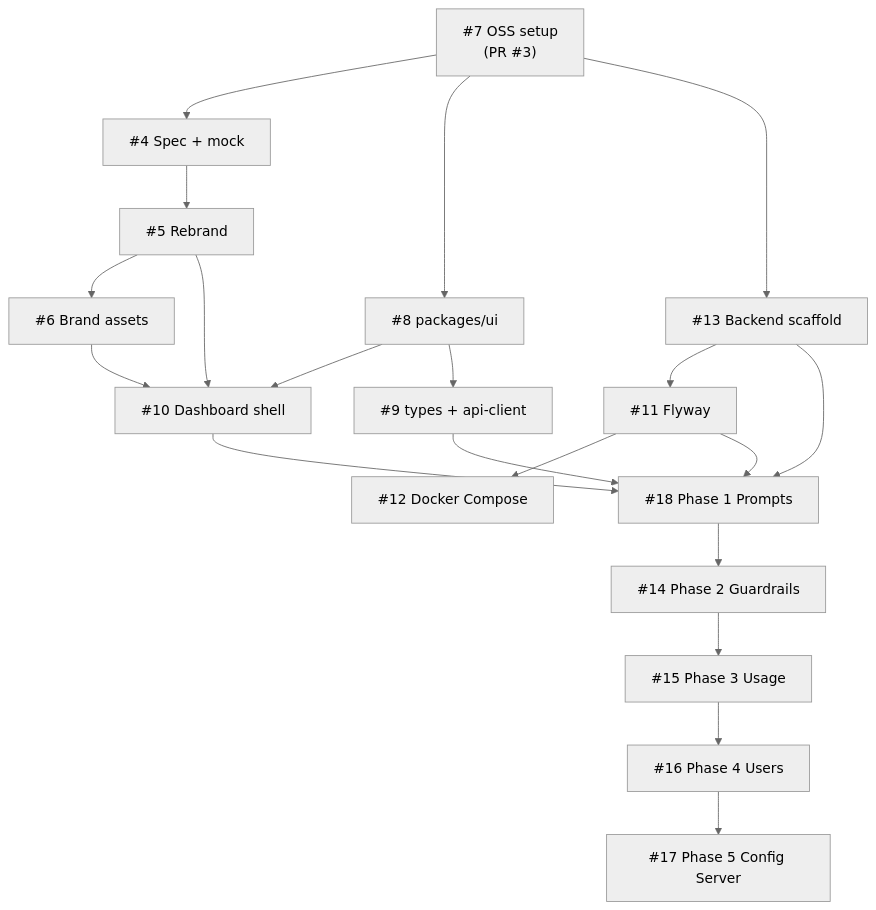
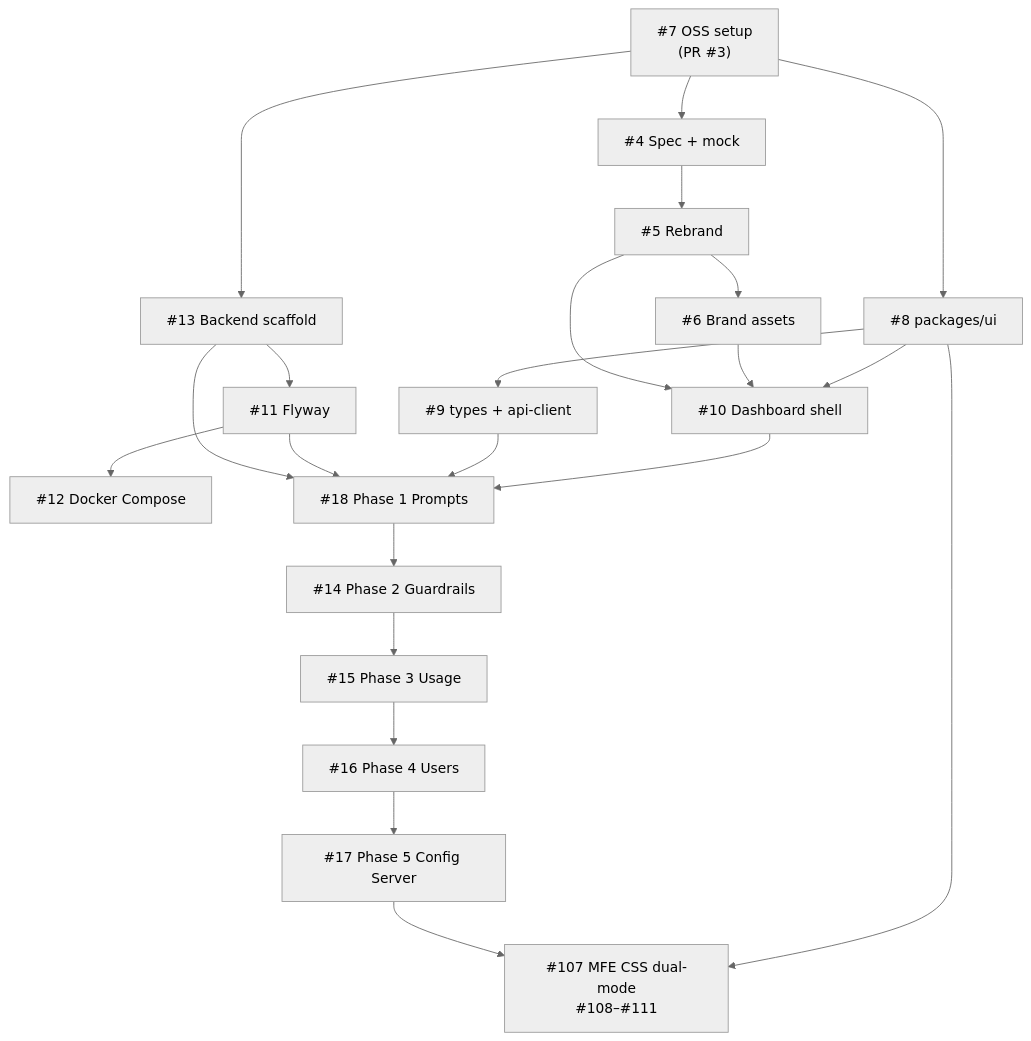
The diagram in docs/ISSUE_WORKFLOW.md (madmmas/ai-manager), drawn with Mermaid (neutral theme) before and after one commit. The commit also changed other lines of this file and 4 other files, not shown here.

First line of the commit message:
docs: track MFE CSS dual-mode issues #107–#111 (#112)

````diff
--- a/docs/ISSUE_WORKFLOW.md
+++ b/docs/ISSUE_WORKFLOW.md
@@ -57,38 +62,41 @@
 ```mermaid
 flowchart TD
   OSS["#7 OSS setup\n(PR #3)"]
   SPEC["#4 Spec + mock"]
   REBRAND["#5 Rebrand"]
   ASSETS["#6 Brand assets"]
   UI["#8 packages/ui"]
   TYPES["#9 types + api-client"]
   SHELL["#10 Dashboard shell"]
   BE["#13 Backend scaffold"]
   DB["#11 Flyway"]
   DOCK["#12 Docker Compose"]
   P1["#18 Phase 1 Prompts"]
   P2["#14 Phase 2 Guardrails"]
   P3["#15 Phase 3 Usage"]
   P4["#16 Phase 4 Users"]
   P5["#17 Phase 5 Config Server"]
+  MFE_CSS["#107 MFE CSS dual-mode\n#108–#111"]
 
   OSS --> SPEC
   SPEC --> REBRAND
   REBRAND --> ASSETS
   OSS --> UI
   OSS --> BE
   UI --> SHELL
   ASSETS --> SHELL
   REBRAND --> SHELL
   UI --> TYPES
   BE --> DB
   DB --> DOCK
   SHELL --> P1
   TYPES --> P1
   DB --> P1
   BE --> P1
   P1 --> P2
   P2 --> P3
   P3 --> P4
   P4 --> P5
+  UI --> MFE_CSS
+  P5 --> MFE_CSS
 ```
````
